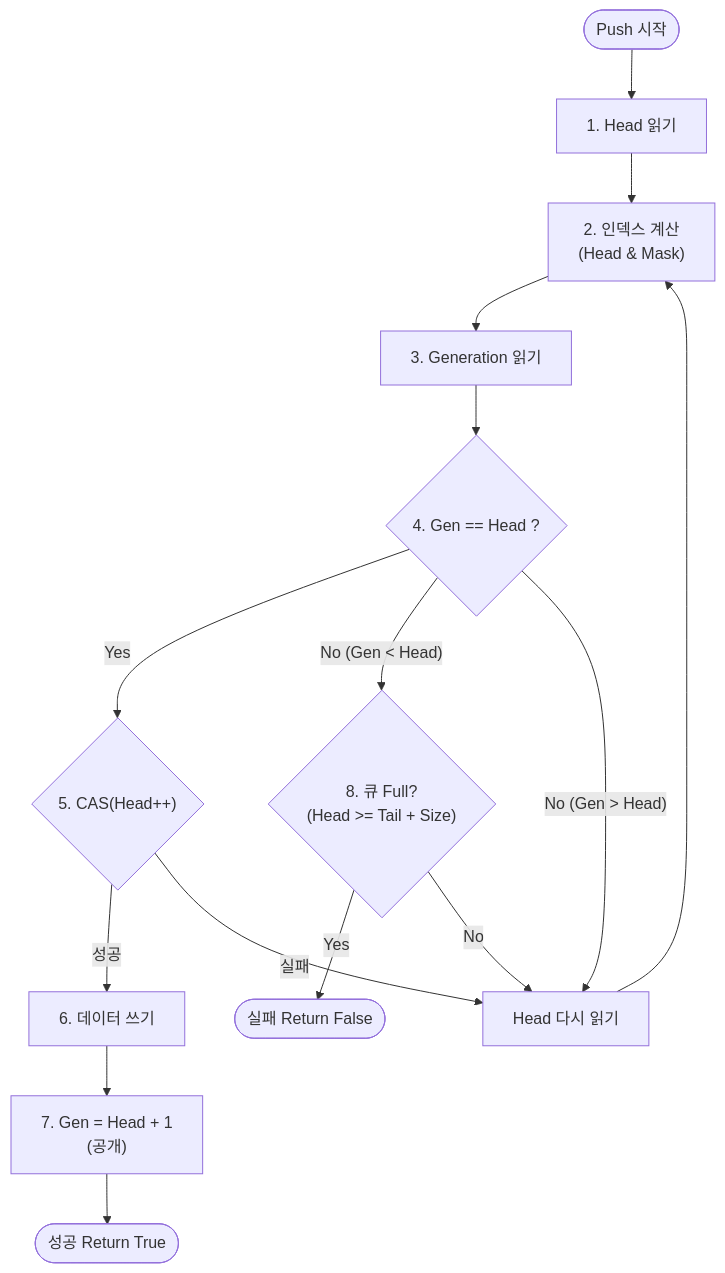
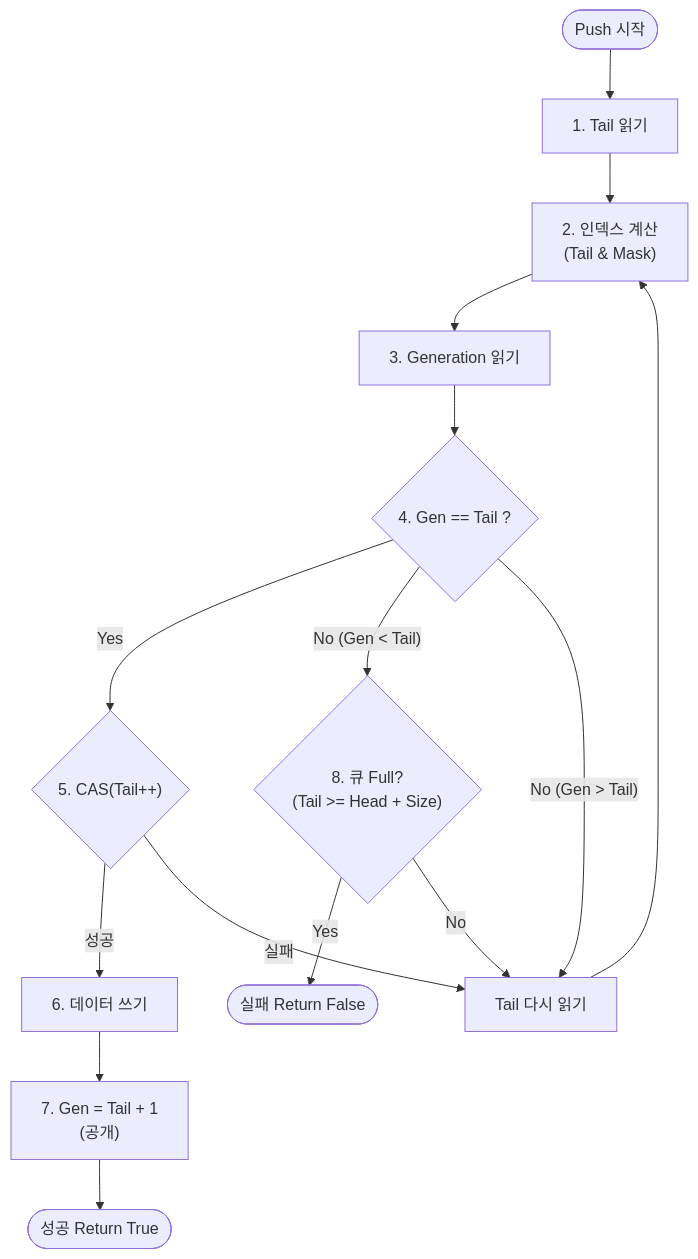
The first of 2 diagrams in docs/3.mpmc_queue_analysis.md (wlsqc123/lockfree_queue), drawn with Mermaid before and after one commit. The commit also changed other lines of this file, not shown here.

````diff
--- a/docs/3.mpmc_queue_analysis.md
+++ b/docs/3.mpmc_queue_analysis.md
@@ -41,25 +41,25 @@
 ```mermaid
 flowchart TD
-    Start([Push 시작]) --> LoadHead["1. Head 읽기"]
-    LoadHead --> CalcIdx["2. 인덱스 계산<br>(Head & Mask)"]
+    Start([Push 시작]) --> LoadTail["1. Tail 읽기"]
+    LoadTail --> CalcIdx["2. 인덱스 계산<br>(Tail & Mask)"]
     CalcIdx --> ReadGen["3. Generation 읽기"]
     
-    ReadGen --> CheckGen{"4. Gen == Head ?"}
+    ReadGen --> CheckGen{"4. Gen == Tail ?"}
     
     %% CASE 1: 정상 진입
-    CheckGen -- "Yes" --> CAS{"5. CAS(Head++)"}
+    CheckGen -- "Yes" --> CAS{"5. CAS(Tail++)"}
     CAS -- "성공" --> WriteData["6. 데이터 쓰기"]
-    WriteData --> UpdateGen["7. Gen = Head + 1<br>(공개)"]
+    WriteData --> UpdateGen["7. Gen = Tail + 1<br>(공개)"]
     UpdateGen --> Success([성공 Return True])
     
-    CAS -- "실패" --> ReloadHead["Head 다시 읽기"]
-    ReloadHead --> CalcIdx
+    CAS -- "실패" --> ReloadTail["Tail 다시 읽기"]
+    ReloadTail --> CalcIdx
     
     %% CASE 2: Full or Busy
-    CheckGen -- "No (Gen < Head)" --> CheckFull{"8. 큐 Full?<br>(Head >= Tail + Size)"}
+    CheckGen -- "No (Gen < Tail)" --> CheckFull{"8. 큐 Full?<br>(Tail >= Head + Size)"}
     CheckFull -- "Yes" --> Fail([실패 Return False])
-    CheckFull -- "No" --> ReloadHead
+    CheckFull -- "No" --> ReloadTail
     
     %% CASE 3: Others
-    CheckGen -- "No (Gen > Head)" --> ReloadHead
+    CheckGen -- "No (Gen > Tail)" --> ReloadTail
 ```
````
